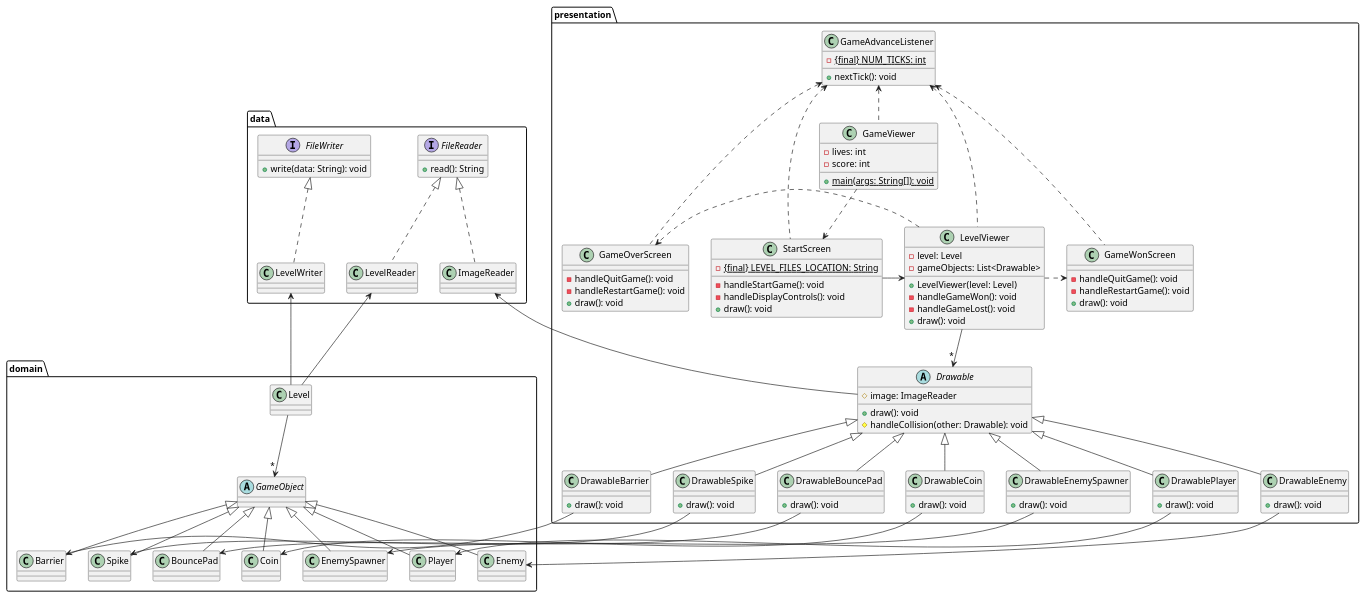
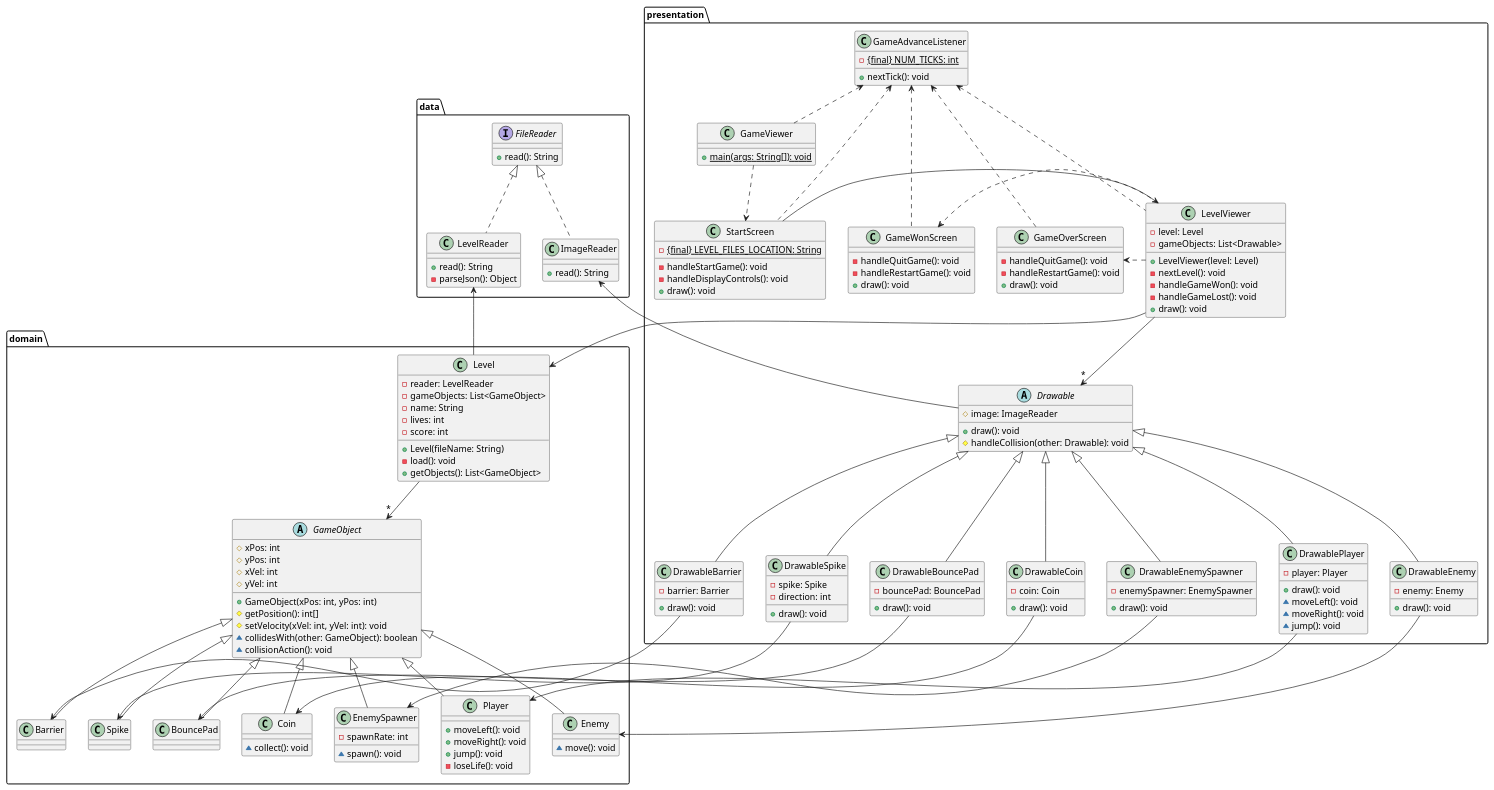
The diagram in design/class-diagram.puml (rhit-koenigjl/CSSE375-team15), drawn with PlantUML before and after one commit.

Commit message:
Add methods to UML

```diff
--- a/design/class-diagram.puml
+++ b/design/class-diagram.puml
@@ -1,128 +1,169 @@
 @startuml ArcadeGame
 package presentation {
   class GameViewer {
-    - lives: int
-    - score: int
     + {static} main(args: String[]): void
   }
   class GameAdvanceListener {
     - {static} {final} NUM_TICKS: int
     + nextTick(): void
   }
   class StartScreen {
     - {static} {final} LEVEL_FILES_LOCATION: String
     - handleStartGame(): void
     - handleDisplayControls(): void
     + draw(): void
   }
   class GameOverScreen {
     - handleQuitGame(): void
     - handleRestartGame(): void
     + draw(): void
   }
   class GameWonScreen {
     - handleQuitGame(): void
     - handleRestartGame(): void
     + draw(): void
   }
   class LevelViewer {
     - level: Level
     - gameObjects: List<Drawable>
     + LevelViewer(level: Level)
+    - nextLevel(): void
     - handleGameWon(): void
     - handleGameLost(): void
     + draw(): void
   }
   abstract Drawable {
     # image: ImageReader
     + draw(): void
     # handleCollision(other: Drawable): void
   }
   class DrawablePlayer {
+    - player: Player
     + draw(): void
+    ~ moveLeft(): void
+    ~ moveRight(): void
+    ~ jump(): void
   }
   class DrawableEnemy {
+    - enemy: Enemy
     + draw(): void
   }
   class DrawableBarrier {
+    - barrier: Barrier
     + draw(): void
   }
   class DrawableSpike {
+    - spike: Spike
+    - direction: int
     + draw(): void
   }
   class DrawableBouncePad {
+    - bouncePad: BouncePad
     + draw(): void
   }
   class DrawableCoin {
+    - coin: Coin
     + draw(): void
   }
   class DrawableEnemySpawner {
+    - enemySpawner: EnemySpawner
     + draw(): void
   }
 
   GameViewer .d.> StartScreen
   GameViewer .u.> GameAdvanceListener
   StartScreen -> LevelViewer
   StartScreen .u.> GameAdvanceListener
   LevelViewer .> GameWonScreen
   LevelViewer .> GameOverScreen
   LevelViewer .u.> GameAdvanceListener
   GameWonScreen .u.> GameAdvanceListener
   GameOverScreen .u.> GameAdvanceListener
   LevelViewer -d->"*" Drawable
   DrawablePlayer -u-|> Drawable
   DrawableEnemy -u-|> Drawable
   DrawableBarrier -u-|> Drawable
   DrawableSpike -u-|> Drawable
   DrawableBouncePad -u-|> Drawable
   DrawableCoin -u-|> Drawable
   DrawableEnemySpawner -u-|> Drawable
 }
 Drawable -l-> data.ImageReader
 DrawablePlayer -d-> domain.Player
 DrawableEnemy -d-> domain.Enemy
 DrawableBarrier -d-> domain.Barrier
 DrawableSpike -d-> domain.Spike
 DrawableBouncePad -d-> domain.BouncePad
 DrawableCoin -d-> domain.Coin
 DrawableEnemySpawner -d-> domain.EnemySpawner
+LevelViewer -u-> domain.Level
 
 package domain {
-  class Level
-  abstract GameObject
-  class Player
-  class Enemy
+  class Level {
+    - reader: LevelReader
+    - gameObjects: List<GameObject>
+    - name: String
+    - lives: int
+    - score: int
+    + Level(fileName: String)
+    - load(): void
+    + getObjects(): List<GameObject>
+  }
+  abstract GameObject {
+    # xPos: int
+    # yPos: int
+    # xVel: int
+    # yVel: int
+    + GameObject(xPos: int, yPos: int)
+    # getPosition(): int[]
+    # setVelocity(xVel: int, yVel: int): void
+    ~ collidesWith(other: GameObject): boolean
+    ~ collisionAction(): void
+  }
+  class Player {
+    + moveLeft(): void
+    + moveRight(): void
+    + jump(): void
+    - loseLife(): void
+  }
+  class Enemy {
+    ~ move(): void
+  }
   class Barrier
   class Spike
   class BouncePad
-  class Coin
-  class EnemySpawner
+  class Coin {
+    ~ collect(): void
+  }
+  class EnemySpawner {
+    - spawnRate: int
+    ~ spawn(): void
+  }
 
   Level -d->"*" GameObject
   Player -u-|> GameObject
   Enemy -u-|> GameObject
   Barrier -u-|> GameObject
   Spike -u-|> GameObject
   BouncePad -u-|> GameObject
   Coin -u-|> GameObject
   EnemySpawner -u-|> GameObject
 }
 Level -u-> data.LevelReader
-Level -u-> data.LevelWriter
 
 package data {
   interface FileReader {
     + read(): String
   }
-  interface FileWriter {
-    + write(data: String): void
+  class LevelReader {
+    + read(): String
+    - parseJson(): Object
   }
-  class LevelReader
-  class ImageReader
-  class LevelWriter
+  class ImageReader {
+    + read(): String
+  }
 
   LevelReader .u.|> FileReader
   ImageReader .u.|> FileReader
-  LevelWriter .u.|> FileWriter
 }
 @enduml
```
